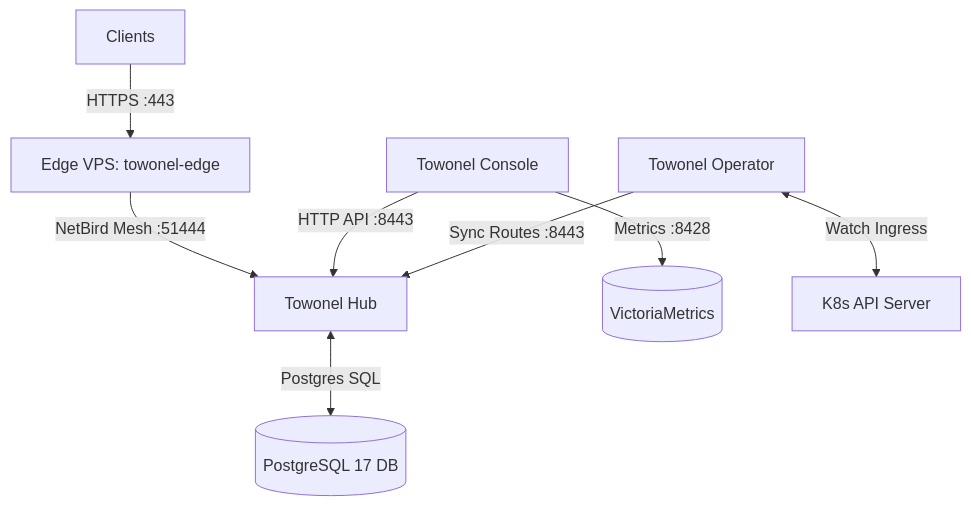
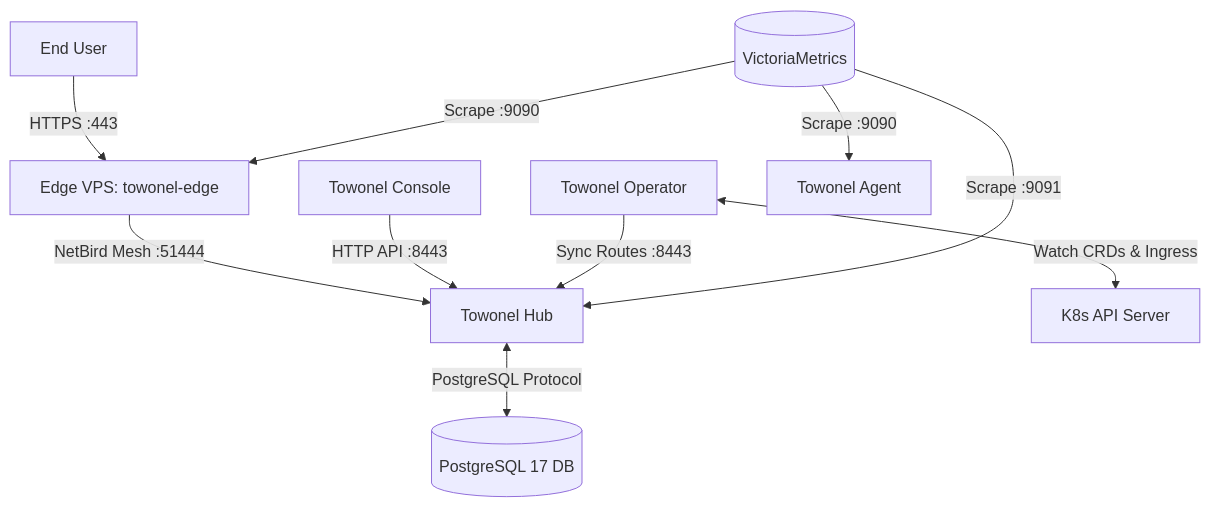
The second of 2 diagrams in docs/towonel.md (mrwulf/home-cluster), drawn with Mermaid before and after one commit. The commit also changed other lines of this file and 2 other files, not shown here.

Commit message:
update towonel docs & pr skill

````diff
--- a/docs/towonel.md
+++ b/docs/towonel.md
@@ -66,10 +144,12 @@
 ```mermaid
 graph TD
-    User[Clients] -->|HTTPS :443| VPS[Edge VPS: towonel-edge]
+    User[End User] -->|HTTPS :443| VPS[Edge VPS: towonel-edge]
     VPS -->|NetBird Mesh :51444| Hub[Towonel Hub]
-    Hub <-->|Postgres SQL| DB[(PostgreSQL 17 DB)]
+    Hub <-->|PostgreSQL Protocol| DB[(PostgreSQL 17 DB)]
     Console[Towonel Console] -->|HTTP API :8443| Hub
-    Console -->|Metrics :8428| VM[(VictoriaMetrics)]
     Operator[Towonel Operator] -->|Sync Routes :8443| Hub
-    Operator <-->|Watch Ingress| K8s[K8s API Server]
+    Operator <-->|Watch CRDs & Ingress| K8s[K8s API Server]
+    VM[(VictoriaMetrics)] -->|Scrape :9090| VPS
+    VM -->|Scrape :9091| Hub
+    VM -->|Scrape :9090| Agent[Towonel Agent]
 ```
````
